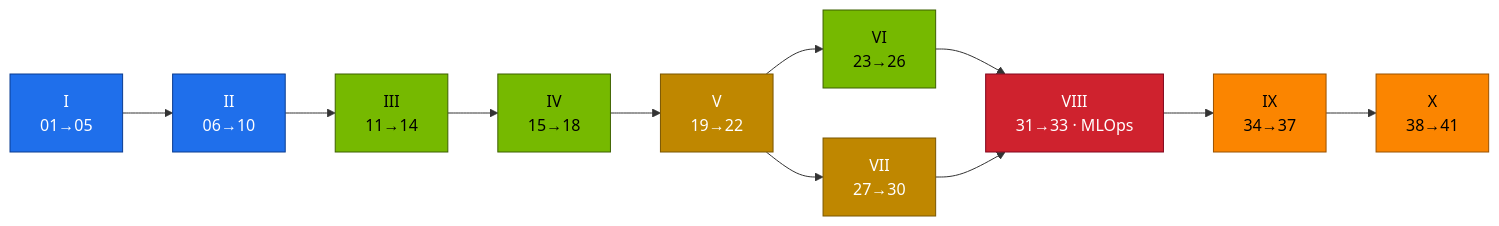
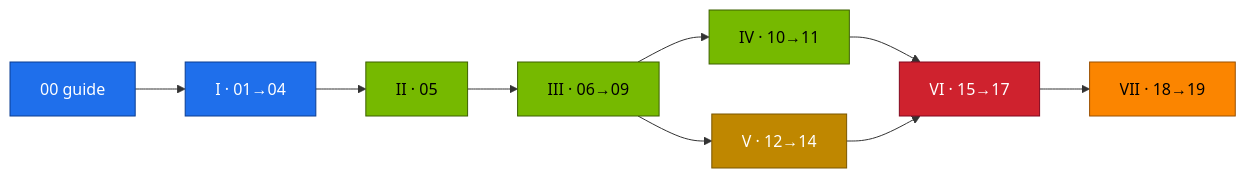
Before and after one commit to cloudone365/technical-depth: the second of 2 diagrams in 03-DeepSeek/README.md, drawn with Mermaid. The commit also changed other lines of this file and 236 other files, not shown here.

````diff
--- a/03-DeepSeek/README.md
+++ b/03-DeepSeek/README.md
@@ -156,17 +110,19 @@
 ```mermaid
 flowchart LR
-  P1["I<br/>01→05"] --> P2["II<br/>06→10"] --> P3["III<br/>11→14"] --> P4["IV<br/>15→18"] --> P5["V<br/>19→22"]
-  P5 --> P6["VI<br/>23→26"]
-  P5 --> P7["VII<br/>27→30"]
-  P6 & P7 --> P8["VIII<br/>31→33 · MLOps"] --> P9["IX<br/>34→37"] --> P10["X<br/>38→41"]
+  G["00 guide"] --> P1["I · 01→04"] --> P2["II · 05"] --> P3["III · 06→09"]
+  P3 --> P4["IV · 10→11"]
+  P3 --> P5["V · 12→14"]
+  P4 --> P6["VI · 15→17"]
+  P5 --> P6
+  P6 --> P7["VII · 18→19"]
   classDef ctrl fill:#1f6feb,stroke:#0b3d91,color:#fff
   classDef gpu fill:#76b900,stroke:#3d6000,color:#000
   classDef store fill:#bf8700,stroke:#7a5600,color:#fff
-  classDef obs fill:#fb8500,stroke:#9a5200,color:#000
+  classDef obs fill:#fb8500,stroke:#9a5000,color:#000
   classDef sec fill:#cf222e,stroke:#82071e,color:#fff
-  class P1,P2 ctrl
-  class P3,P4,P6 gpu
-  class P5,P7 store
-  class P8 sec
-  class P9,P10 obs
+  class G,P1 ctrl
+  class P2,P3,P4 gpu
+  class P5 store
+  class P6 sec
+  class P7 obs
 ```
````
